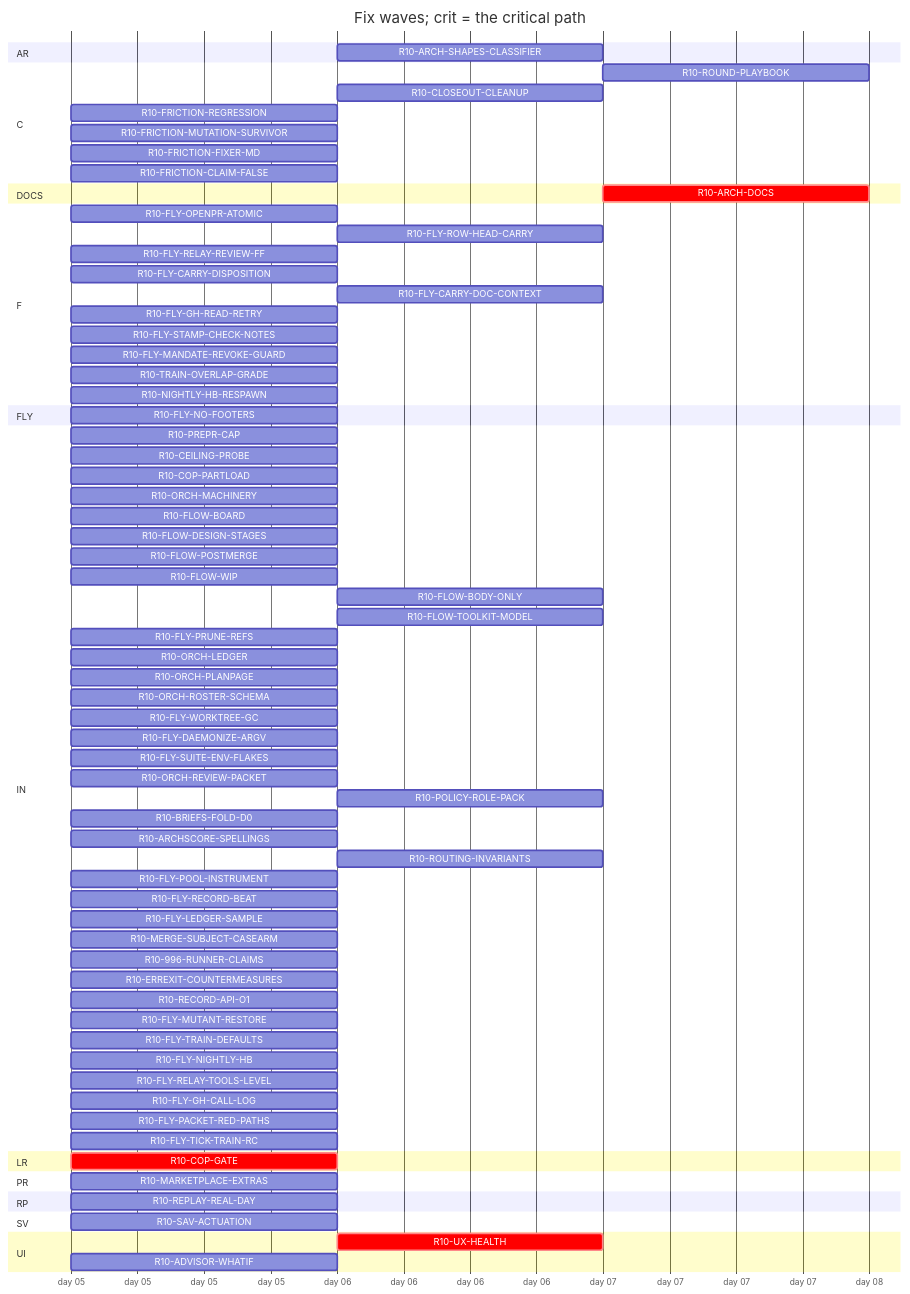
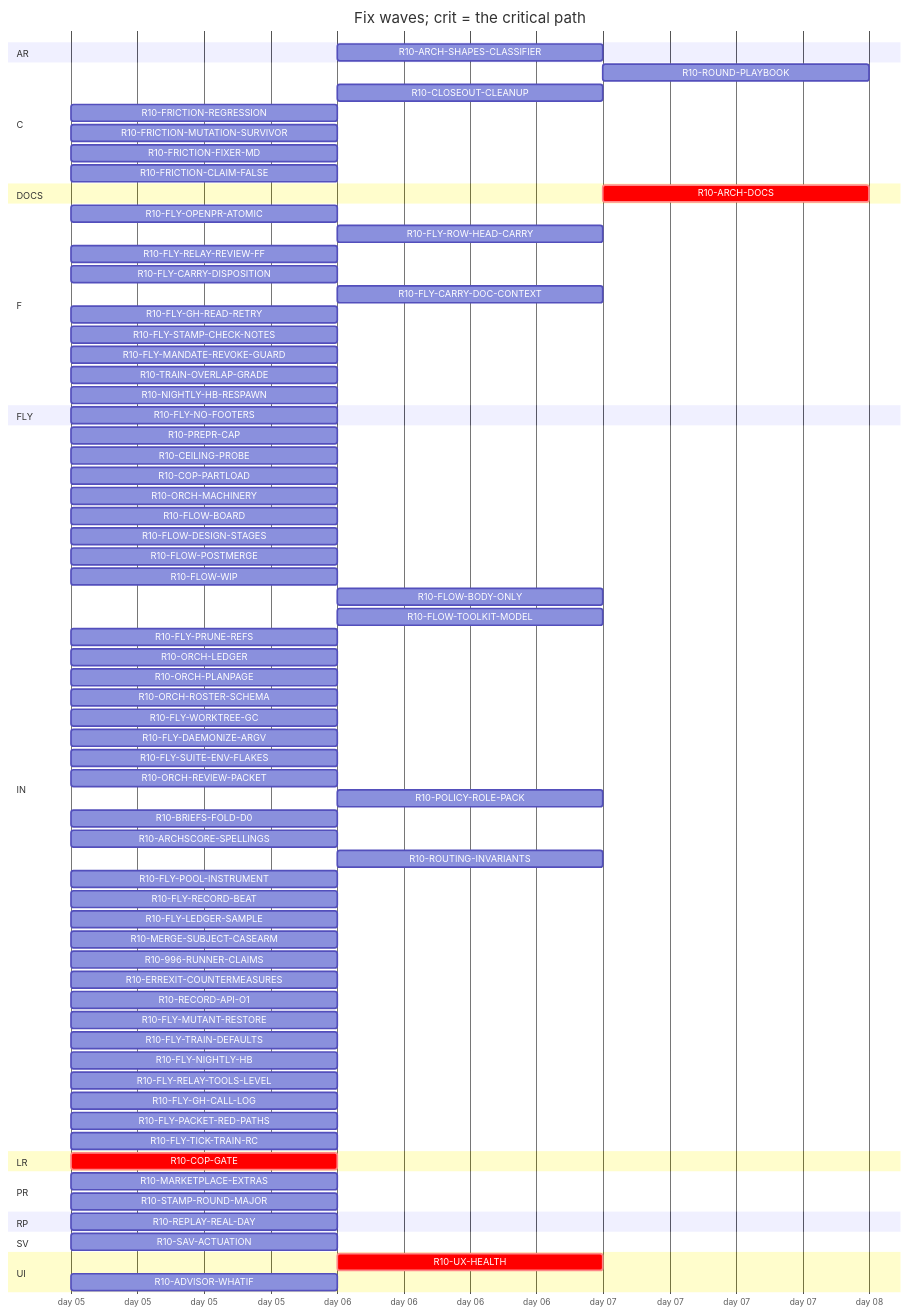
Before and after one commit to tvofi/heatpump_optimizer: the diagram in handoff/round10/state/PLAN-TABLE.md, drawn with Mermaid. The commit also changed other lines of this file and 3 other files, not shown here.

Commit message:
state: FLOW-BOARD.md, NEXT-SESSION-PROMPT.md, PLAN-TABLE.md, RESUME-CURRENT.md regenerated (state_docs.py)

````diff
--- a/handoff/round10/state/PLAN-TABLE.md
+++ b/handoff/round10/state/PLAN-TABLE.md
@@ -24,78 +24,79 @@
 ```mermaid
 gantt
   title Fix waves; crit = the critical path
   dateFormat YYYY-MM-DD
   axisFormat day %d
   section AR
     R10-ARCH-SHAPES-CLASSIFIER :r10ARCHSHAPESCLASSIFIER, after r10996RUNNERCLAIMS, 1d
   section C
     R10-ROUND-PLAYBOOK :r10ROUNDPLAYBOOK, after r10ORCHLEDGER r10ORCHPLANPAGE r10FLYRELAYREVIEWFF r10FLOWBODYONLY, 1d
     R10-CLOSEOUT-CLEANUP :r10CLOSEOUTCLEANUP, after r10FLYPRUNEREFS r10FLYWORKTREEGC, 1d
     R10-FRICTION-REGRESSION :r10FRICTIONREGRESSION, 2026-01-05, 1d
     R10-FRICTION-MUTATION-SURVIVOR :r10FRICTIONMUTATIONSURVIVOR, 2026-01-05, 1d
     R10-FRICTION-FIXER-MD :r10FRICTIONFIXERMD, 2026-01-05, 1d
     R10-FRICTION-CLAIM-FALSE :r10FRICTIONCLAIMFALSE, 2026-01-05, 1d
   section DOCS
     R10-ARCH-DOCS :crit, r10ARCHDOCS, after r10COPGATE r10UXHEALTH r10CEILINGPROBE r10COPPARTLOAD r10FLOWBOARD r10FLOWDESIGNSTAGES r10FLOWPOSTMERGE r10FLOWWIP r10FLOWBODYONLY r10FLYOPENPRATOMIC r10FLYROWHEADCARRY r10FLYRELAYREVIEWFF r10FLYCARRYDISPOSITION r10FLYCARRYDOCCONTEXT r10FLOWTOOLKITMODEL r10FLYSTAMPCHECKNOTES r10FLYMANDATEREVOKEGUARD r10TRAINOVERLAPGRADE r10NIGHTLYHBRESPAWN r10FLYPRUNEREFS r10ORCHLEDGER r10ORCHPLANPAGE r10ORCHROSTERSCHEMA r10FLYWORKTREEGC r10FLYDAEMONIZEARGV r10ORCHREVIEWPACKET r10POLICYROLEPACK r10BRIEFSFOLDD0 r10REPLAYREALDAY r10ARCHSCORESPELLINGS r10SAVACTUATION r10FLYLEDGERSAMPLE, 1d
   section F
     R10-FLY-OPENPR-ATOMIC :r10FLYOPENPRATOMIC, 2026-01-05, 1d
     R10-FLY-ROW-HEAD-CARRY :r10FLYROWHEADCARRY, after r10FLYOPENPRATOMIC, 1d
     R10-FLY-RELAY-REVIEW-FF :r10FLYRELAYREVIEWFF, 2026-01-05, 1d
     R10-FLY-CARRY-DISPOSITION :r10FLYCARRYDISPOSITION, 2026-01-05, 1d
     R10-FLY-CARRY-DOC-CONTEXT :r10FLYCARRYDOCCONTEXT, after r10FLYGHREADRETRY, 1d
     R10-FLY-GH-READ-RETRY :r10FLYGHREADRETRY, 2026-01-05, 1d
     R10-FLY-STAMP-CHECK-NOTES :r10FLYSTAMPCHECKNOTES, 2026-01-05, 1d
     R10-FLY-MANDATE-REVOKE-GUARD :r10FLYMANDATEREVOKEGUARD, 2026-01-05, 1d
     R10-TRAIN-OVERLAP-GRADE :r10TRAINOVERLAPGRADE, 2026-01-05, 1d
     R10-NIGHTLY-HB-RESPAWN :r10NIGHTLYHBRESPAWN, 2026-01-05, 1d
   section FLY
     R10-FLY-NO-FOOTERS :r10FLYNOFOOTERS, 2026-01-05, 1d
   section IN
     R10-PREPR-CAP :r10PREPRCAP, 2026-01-05, 1d
     R10-CEILING-PROBE :r10CEILINGPROBE, 2026-01-05, 1d
     R10-COP-PARTLOAD :r10COPPARTLOAD, 2026-01-05, 1d
     R10-ORCH-MACHINERY :r10ORCHMACHINERY, 2026-01-05, 1d
     R10-FLOW-BOARD :r10FLOWBOARD, 2026-01-05, 1d
     R10-FLOW-DESIGN-STAGES :r10FLOWDESIGNSTAGES, 2026-01-05, 1d
     R10-FLOW-POSTMERGE :r10FLOWPOSTMERGE, 2026-01-05, 1d
     R10-FLOW-WIP :r10FLOWWIP, 2026-01-05, 1d
     R10-FLOW-BODY-ONLY :r10FLOWBODYONLY, after r10FLYOPENPRATOMIC, 1d
     R10-FLOW-TOOLKIT-MODEL :r10FLOWTOOLKITMODEL, after r10ORCHPLANPAGE, 1d
     R10-FLY-PRUNE-REFS :r10FLYPRUNEREFS, 2026-01-05, 1d
     R10-ORCH-LEDGER :r10ORCHLEDGER, 2026-01-05, 1d
     R10-ORCH-PLANPAGE :r10ORCHPLANPAGE, 2026-01-05, 1d
     R10-ORCH-ROSTER-SCHEMA :r10ORCHROSTERSCHEMA, 2026-01-05, 1d
     R10-FLY-WORKTREE-GC :r10FLYWORKTREEGC, 2026-01-05, 1d
     R10-FLY-DAEMONIZE-ARGV :r10FLYDAEMONIZEARGV, 2026-01-05, 1d
     R10-FLY-SUITE-ENV-FLAKES :r10FLYSUITEENVFLAKES, 2026-01-05, 1d
     R10-ORCH-REVIEW-PACKET :r10ORCHREVIEWPACKET, 2026-01-05, 1d
     R10-POLICY-ROLE-PACK :r10POLICYROLEPACK, after r10FLOWDESIGNSTAGES, 1d
     R10-BRIEFS-FOLD-D0 :r10BRIEFSFOLDD0, 2026-01-05, 1d
     R10-ARCHSCORE-SPELLINGS :r10ARCHSCORESPELLINGS, 2026-01-05, 1d
     R10-ROUTING-INVARIANTS :r10ROUTINGINVARIANTS, after r10ORCHROSTERSCHEMA, 1d
     R10-FLY-POOL-INSTRUMENT :r10FLYPOOLINSTRUMENT, 2026-01-05, 1d
     R10-FLY-RECORD-BEAT :r10FLYRECORDBEAT, 2026-01-05, 1d
     R10-FLY-LEDGER-SAMPLE :r10FLYLEDGERSAMPLE, 2026-01-05, 1d
     R10-MERGE-SUBJECT-CASEARM :r10MERGESUBJECTCASEARM, 2026-01-05, 1d
     R10-996-RUNNER-CLAIMS :r10996RUNNERCLAIMS, 2026-01-05, 1d
     R10-ERREXIT-COUNTERMEASURES :r10ERREXITCOUNTERMEASURES, 2026-01-05, 1d
     R10-RECORD-API-O1 :r10RECORDAPIO1, 2026-01-05, 1d
     R10-FLY-MUTANT-RESTORE :r10FLYMUTANTRESTORE, 2026-01-05, 1d
     R10-FLY-TRAIN-DEFAULTS :r10FLYTRAINDEFAULTS, 2026-01-05, 1d
     R10-FLY-NIGHTLY-HB :r10FLYNIGHTLYHB, 2026-01-05, 1d
     R10-FLY-RELAY-TOOLS-LEVEL :r10FLYRELAYTOOLSLEVEL, 2026-01-05, 1d
     R10-FLY-GH-CALL-LOG :r10FLYGHCALLLOG, 2026-01-05, 1d
     R10-FLY-PACKET-RED-PATHS :r10FLYPACKETREDPATHS, 2026-01-05, 1d
     R10-FLY-TICK-TRAIN-RC :r10FLYTICKTRAINRC, 2026-01-05, 1d
   section LR
     R10-COP-GATE :crit, r10COPGATE, 2026-01-05, 1d
   section PR
     R10-MARKETPLACE-EXTRAS :r10MARKETPLACEEXTRAS, 2026-01-05, 1d
+    R10-STAMP-ROUND-MAJOR :r10STAMPROUNDMAJOR, 2026-01-05, 1d
   section RP
     R10-REPLAY-REAL-DAY :r10REPLAYREALDAY, 2026-01-05, 1d
   section SV
     R10-SAV-ACTUATION :r10SAVACTUATION, 2026-01-05, 1d
   section UI
     R10-UX-HEALTH :crit, r10UXHEALTH, after r10COPGATE, 1d
     R10-ADVISOR-WHATIF :r10ADVISORWHATIF, 2026-01-05, 1d
 ```
````
